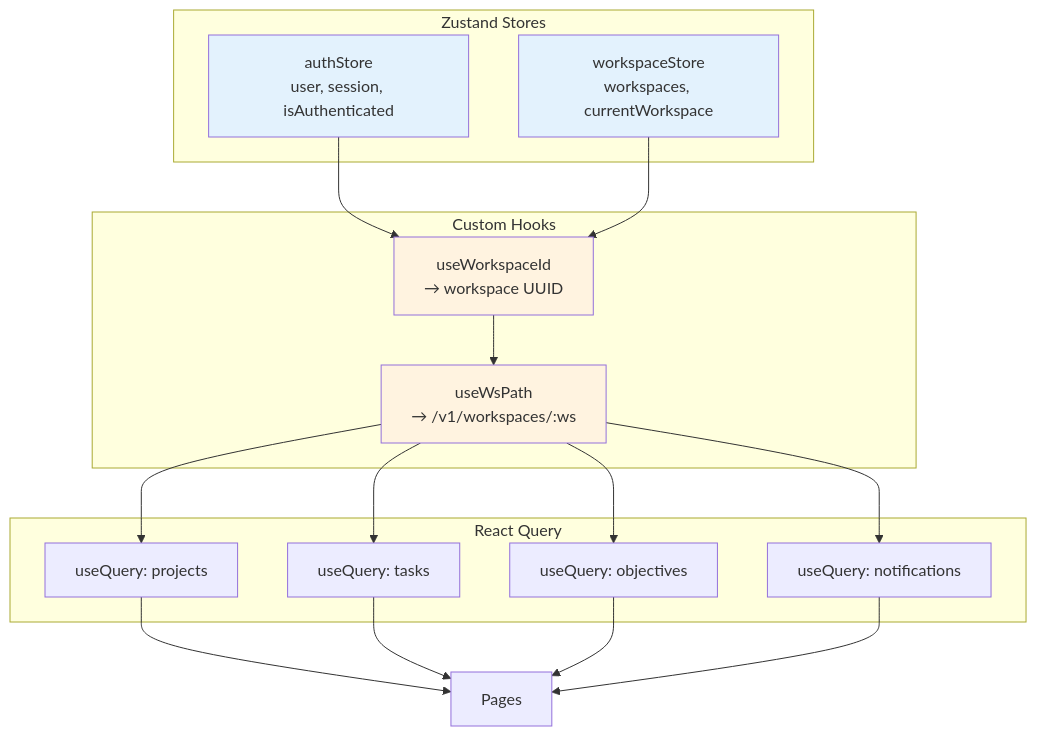
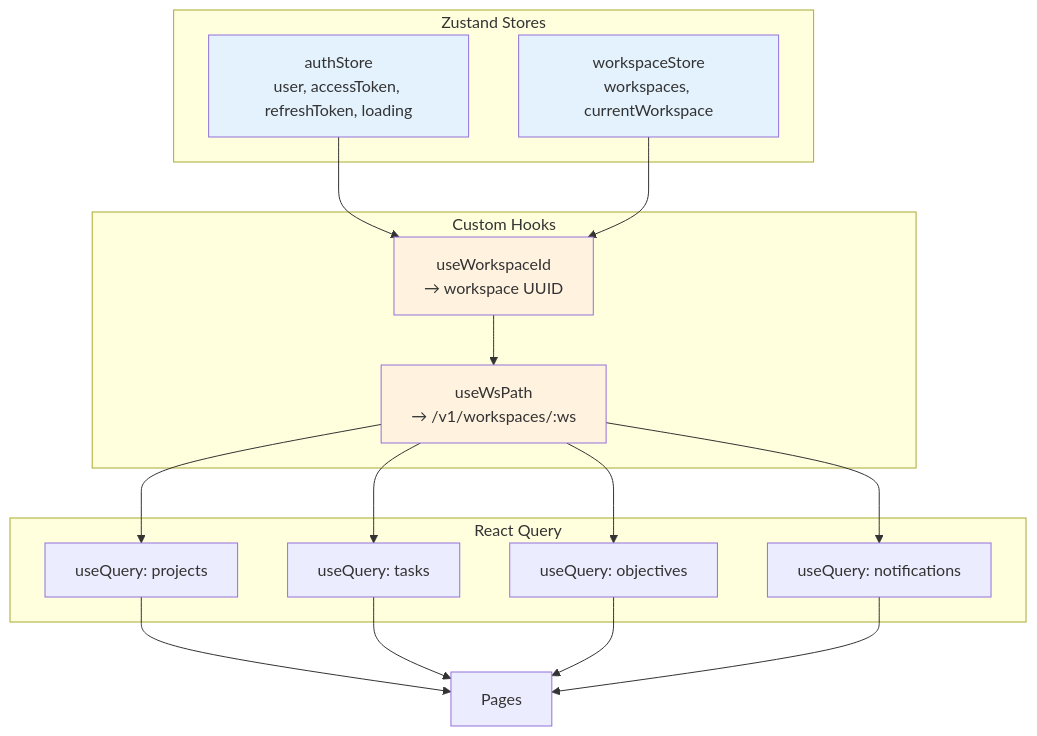
Before and after one commit to cvrvai/OPPM-AI-work-management-system: the seventh of 7 diagrams in docs/FLOWCHARTS.md, drawn with Mermaid. The commit also changed other lines of this file and 103 other files, not shown here.

Commit message:
new architecture and new database

````diff
--- a/docs/FLOWCHARTS.md
+++ b/docs/FLOWCHARTS.md
@@ -204,37 +219,37 @@
 ```mermaid
 flowchart TD
     subgraph Zustand Stores
-        AS[authStore<br/>user, session, isAuthenticated]
+        AS[authStore<br/>user, accessToken, refreshToken, loading]
         WS[workspaceStore<br/>workspaces, currentWorkspace]
     end
 
     subgraph React Query
         RQ1[useQuery: projects]
         RQ2[useQuery: tasks]
         RQ3[useQuery: objectives]
         RQ4[useQuery: notifications]
     end
 
     subgraph Custom Hooks
         UW[useWorkspaceId<br/>→ workspace UUID]
         UP[useWsPath<br/>→ /v1/workspaces/:ws]
     end
 
     AS --> UW
     WS --> UW
     UW --> UP
     UP --> RQ1
     UP --> RQ2
     UP --> RQ3
     UP --> RQ4
 
     RQ1 --> Pages
     RQ2 --> Pages
     RQ3 --> Pages
     RQ4 --> Pages
 
     style AS fill:#e3f2fd
     style WS fill:#e3f2fd
     style UW fill:#fff3e0
     style UP fill:#fff3e0
 ```
````
